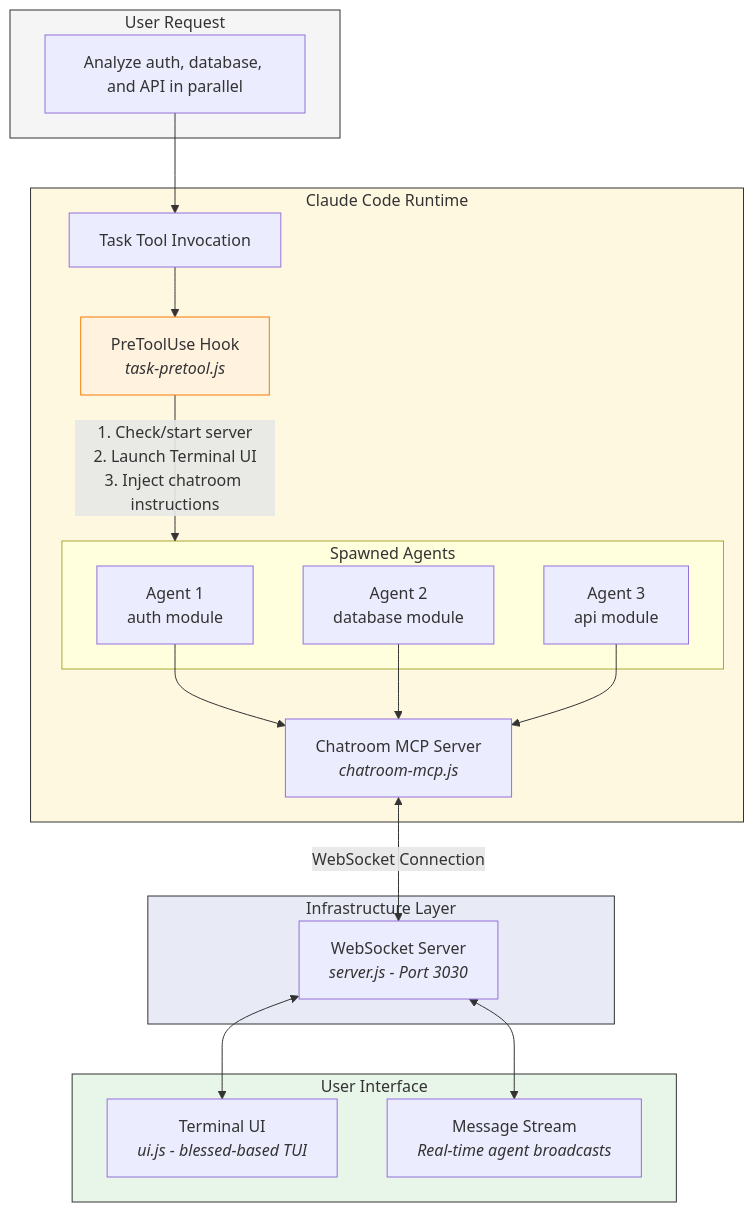
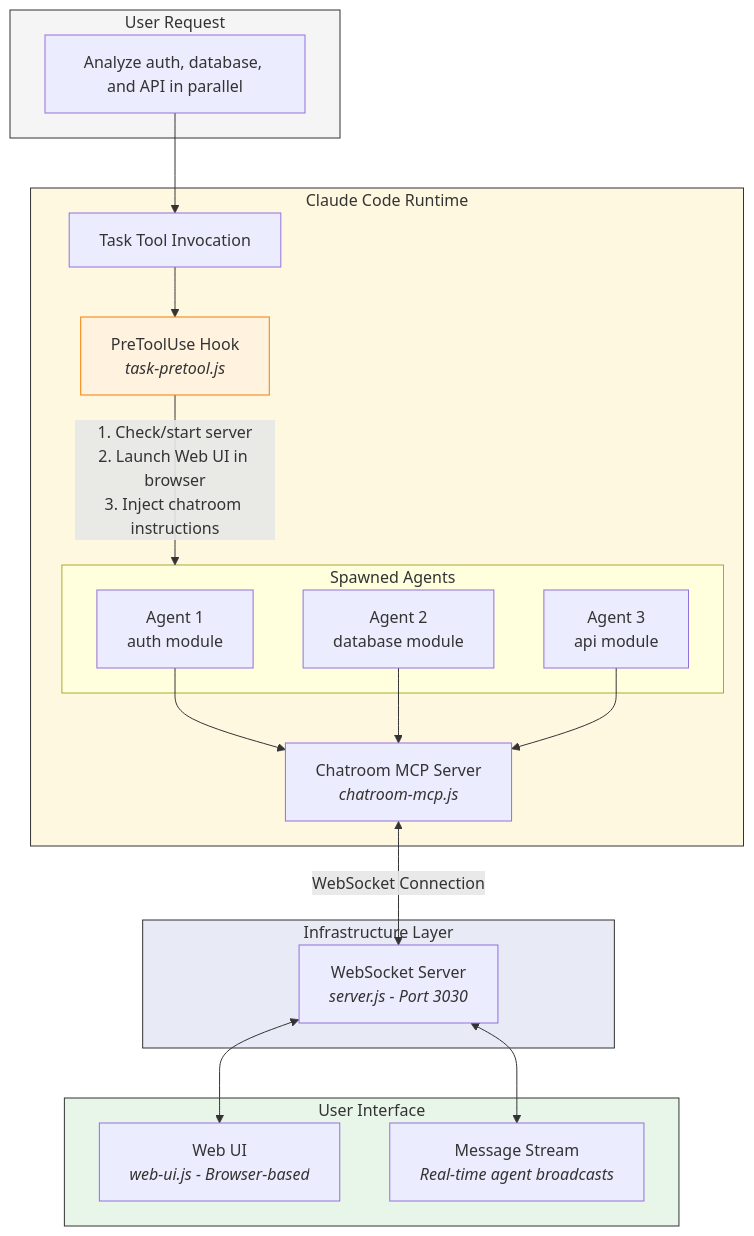
The diagram in README.md (virtualarkansas/claude-agent-chatroom), drawn with Mermaid before and after one commit. The commit also changed other lines of this file, not shown here.

First line of the commit message:
docs: update README for web UI

````diff
--- a/README.md
+++ b/README.md
@@ -13,44 +15,44 @@
 ```mermaid
 flowchart TB
     subgraph User["User Request"]
         Request["Analyze auth, database, and API in parallel"]
     end
 
     subgraph ClaudeCode["Claude Code Runtime"]
         Task["Task Tool Invocation"]
         Hook["PreToolUse Hook<br/><i>task-pretool.js</i>"]
 
         subgraph AgentPool["Spawned Agents"]
             A1["Agent 1<br/>auth module"]
             A2["Agent 2<br/>database module"]
             A3["Agent 3<br/>api module"]
         end
 
         MCP["Chatroom MCP Server<br/><i>chatroom-mcp.js</i>"]
     end
 
     subgraph Infrastructure["Infrastructure Layer"]
         WS["WebSocket Server<br/><i>server.js - Port 3030</i>"]
     end
 
     subgraph Interface["User Interface"]
-        UI["Terminal UI<br/><i>ui.js - blessed-based TUI</i>"]
+        UI["Web UI<br/><i>web-ui.js - Browser-based</i>"]
         Messages["Message Stream<br/><i>Real-time agent broadcasts</i>"]
     end
 
     Request --> Task
     Task --> Hook
 
-    Hook -->|"1. Check/start server<br/>2. Launch Terminal UI<br/>3. Inject chatroom instructions"| AgentPool
+    Hook -->|"1. Check/start server<br/>2. Launch Web UI in browser<br/>3. Inject chatroom instructions"| AgentPool
 
     A1 & A2 & A3 --> MCP
     MCP <-->|"WebSocket Connection"| WS
     WS <--> UI
     WS <--> Messages
 
     style User fill:#f5f5f5,stroke:#333
     style ClaudeCode fill:#fff8e1,stroke:#333
     style Infrastructure fill:#e8eaf6,stroke:#333
     style Interface fill:#e8f5e9,stroke:#333
     style Hook fill:#fff3e0,stroke:#f57c00
 ```
````
